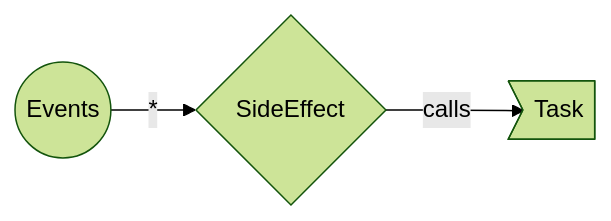
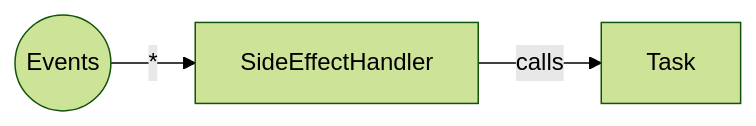
One commit to ReventlessDev/reventless-core changed the fourth of 4 diagrams in packages/doc/docs/reventless-components-overview.md. Above: the diagram before and after it, drawn with Mermaid (forest theme). The commit also changed other lines of this file and 6 other files, not shown here.

````diff
--- a/packages/doc/docs/reventless-components-overview.md
+++ b/packages/doc/docs/reventless-components-overview.md
@@ -76,4 +74,4 @@
 ```mermaid
 graph LR
-    Events((Events)):::event -->|*| SideEffect{SideEffect}:::sideeffect -->|calls| Task>Task]:::task
+    Events((Events)):::event -->|*| SideEffectHandler[SideEffectHandler]:::sideeffecthandler -->|calls| Task[Task]:::task
 ```
````
